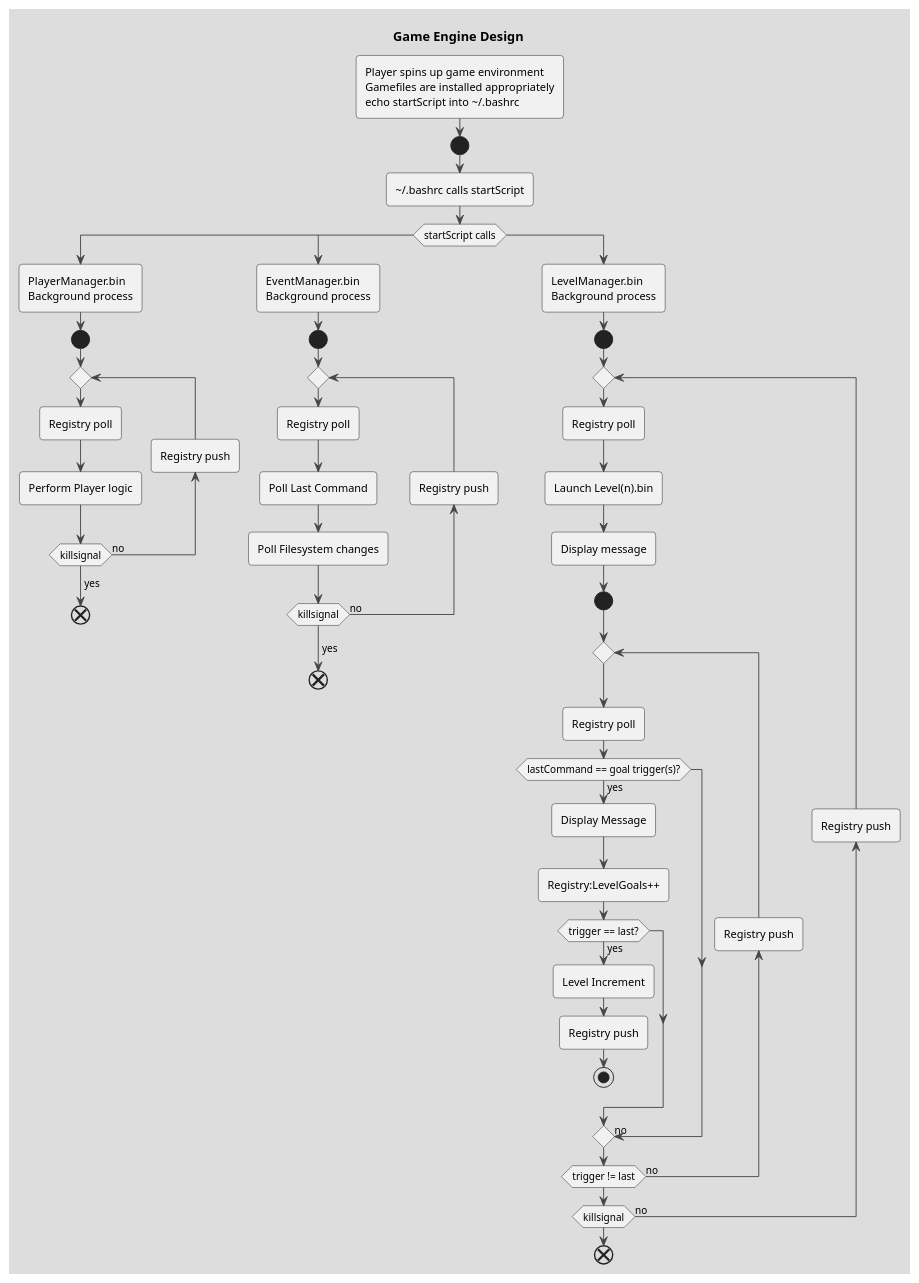
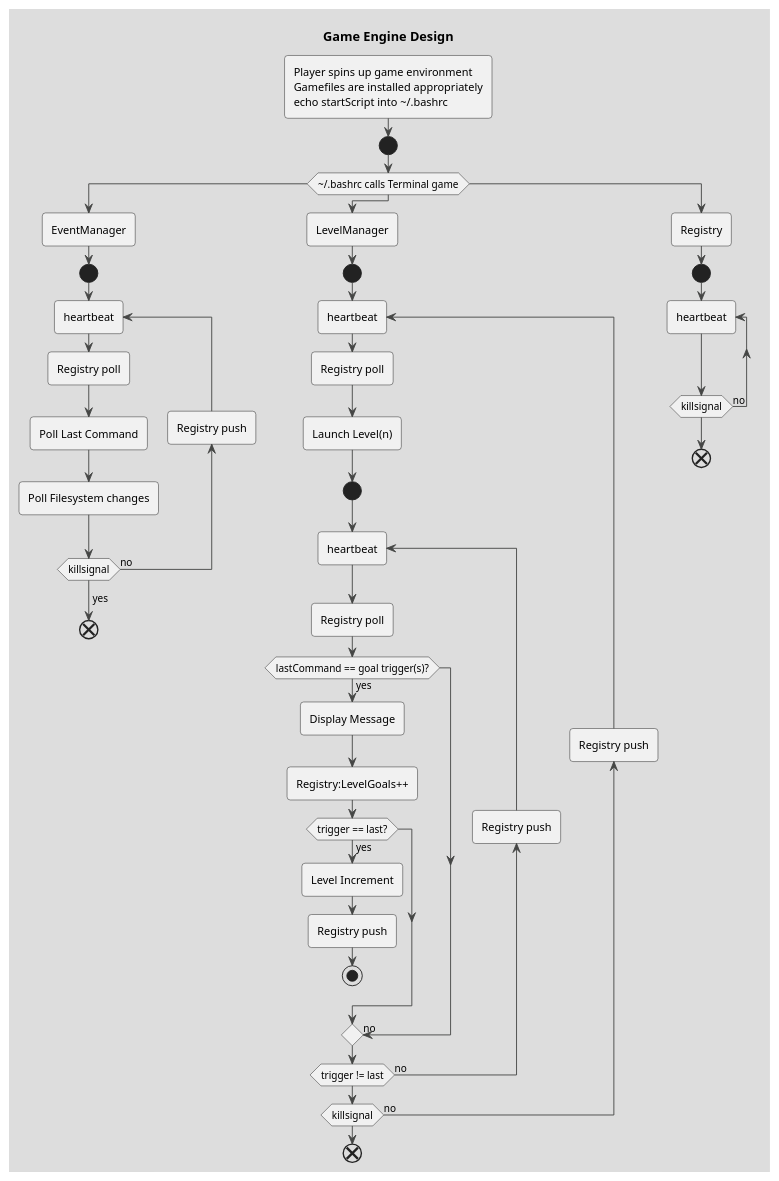
Before and after one commit to bRitch022/terminal-thegame: the third of 4 diagrams in TerminalGameDesign.wsd, drawn with PlantUML. The commit also changed other lines of this file and 17 other files, not shown here.

Commit message:
Modified architecture -- not building yet

```diff
--- a/TerminalGameDesign.wsd
+++ b/TerminalGameDesign.wsd
@@ -91,65 +134,71 @@
 @startuml FlowChat
 title Game Engine Design
 !theme toy
 :Player spins up game environment
 Gamefiles are installed appropriately
 echo startScript into \~/.bashrc;
 start
-:\~/.bashrc calls startScript;
-switch (startScript calls)
+' :\~/.bashrc calls Terminal game;
+switch(\~/.bashrc calls Terminal game)
+' switch (startScript calls)
+' case ()
+'     :PlayerManager
+'     Background process;
+'     start
+'     repeat
+'         :Registry poll;
+'         :Perform Player logic;
+'         backward:Registry push;
+'     repeat while (killsignal) is (no)
+'         ->yes;
+'     end
 case ()
-    :PlayerManager.bin
-    Background process;
+    :EventManager;
     start
-    repeat
-        :Registry poll;
-        :Perform Player logic;
-        backward:Registry push;
-    repeat while (killsignal) is (no)
-        ->yes;
-    end
-case ()
-    :EventManager.bin
-    Background process;
-    start
-    repeat
+    repeat:heartbeat
         :Registry poll;
         :Poll Last Command;
         :Poll Filesystem changes;
         backward:Registry push;
     repeat while (killsignal) is (no)
         ->yes;
     end
 case ()
-    :LevelManager.bin
-    Background process;
+    :LevelManager;
     start
-    repeat
+    repeat:heartbeat
         :Registry poll;
-        :Launch Level(n).bin;
-        :Display message;
+        :Launch Level(n);
         start
-        repeat
+        repeat:heartbeat
         :Registry poll;
         if (lastCommand == goal trigger(s)?) then (yes)
             :Display Message;
             :Registry:LevelGoals++;
             if (trigger == last?) then (yes)
                 :Level Increment;
                 :Registry push;
                 stop
             else
                 ->no;
             endif
         else
             ->no;
         endif
         backward:Registry push;
         repeat while (trigger != last) is (no)
 
     backward:Registry push;
     repeat while (killsignal) is (no)
     end
+case ()
+    :Registry;
+    start
+    repeat:heartbeat
+
+    repeat while (killsignal) is (no)
+
+    end
 endswitch
 
 @enduml
```
